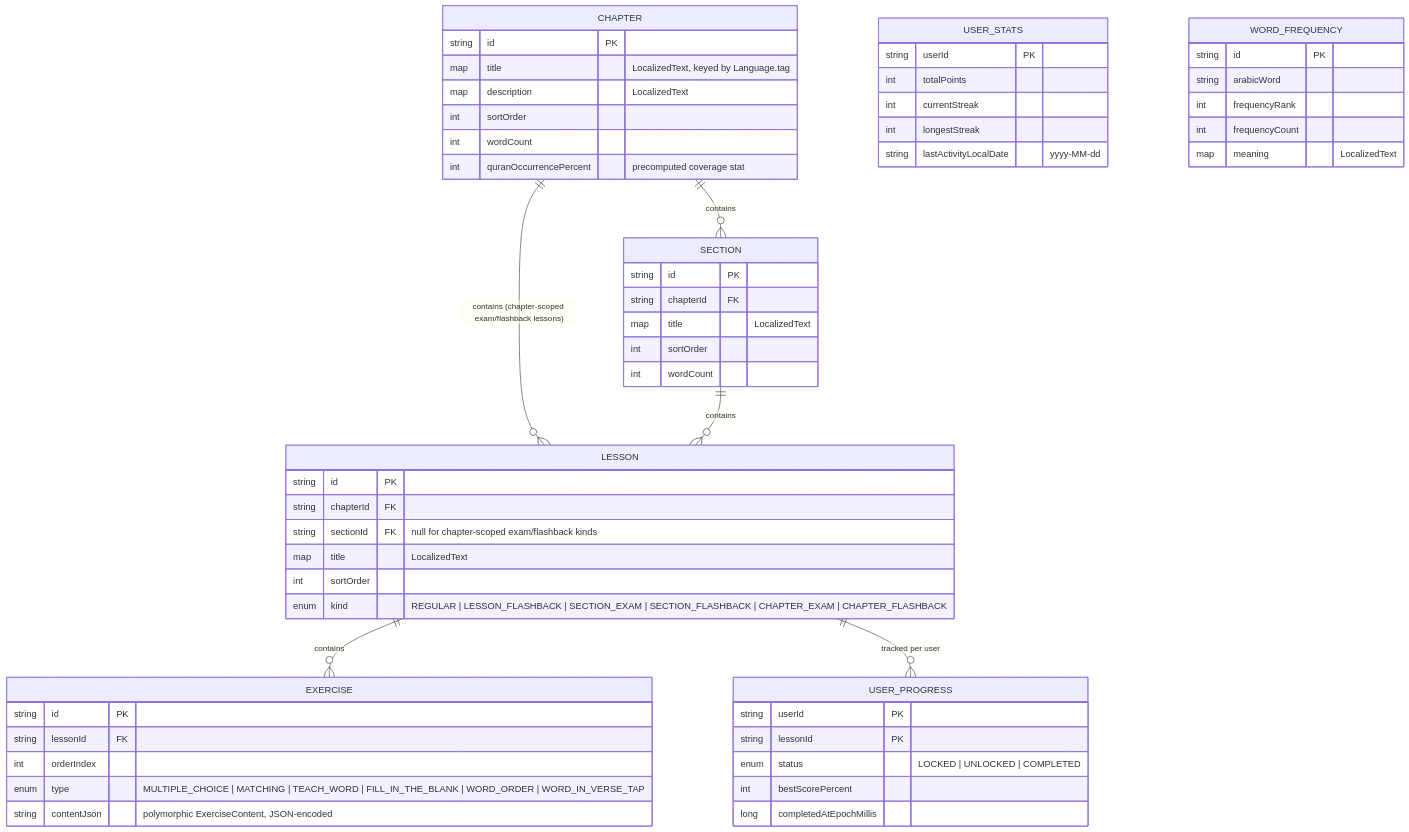
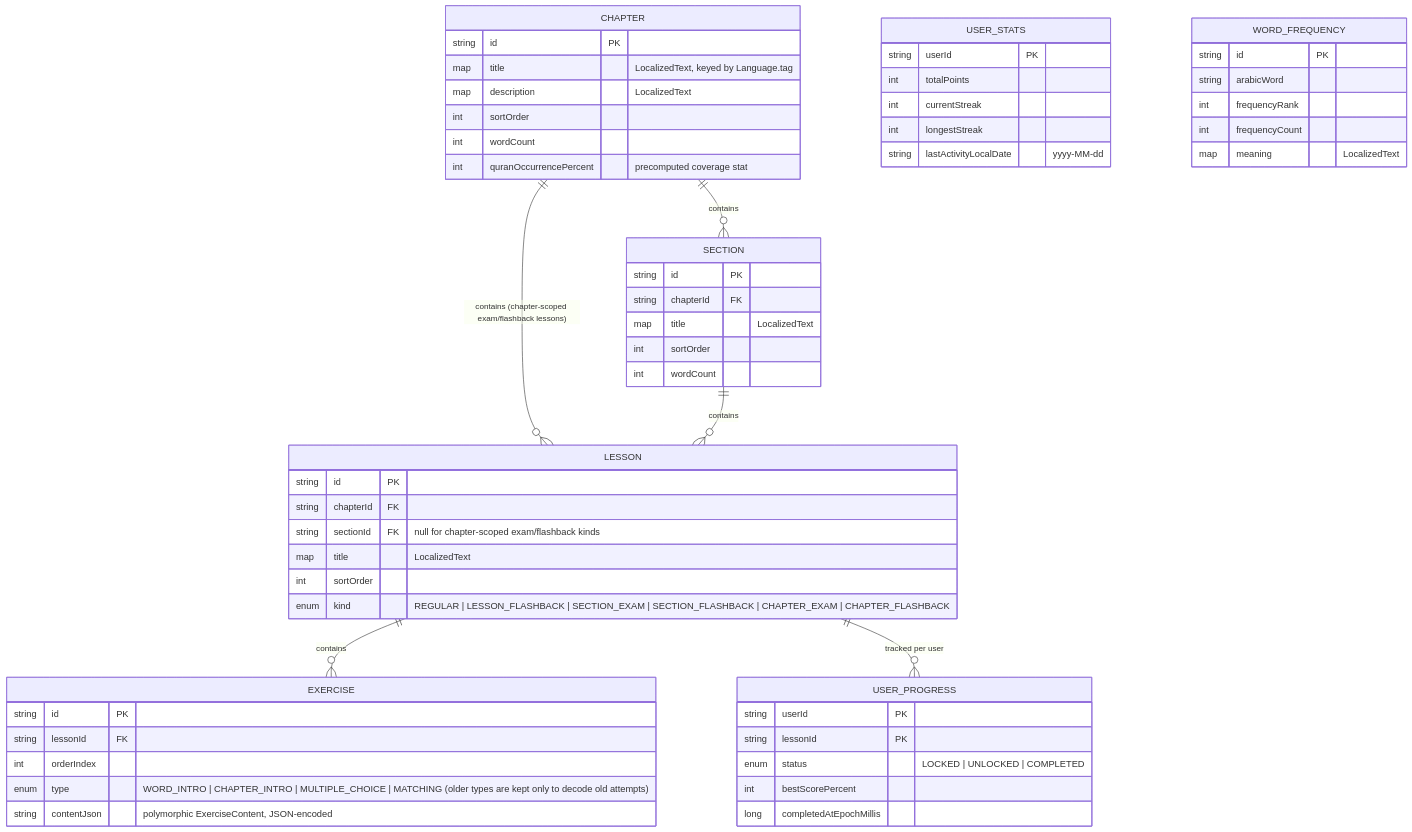
Before and after one commit to deanybytes/QuranicWords: the diagram in docs/DATA_MODEL.md, drawn with Mermaid. The commit also changed other lines of this file and 5386 other files, not shown here.

Commit message:
Sync from main 7b76b64c: QuranicWords v1.0.1 (MCQ and matching only, smoother motion), website at quranicwords.deanybytes.io

````diff
--- a/docs/DATA_MODEL.md
+++ b/docs/DATA_MODEL.md
@@ -9,59 +9,59 @@
 ```mermaid
 erDiagram
     CHAPTER ||--o{ SECTION : contains
     CHAPTER ||--o{ LESSON : "contains (chapter-scoped exam/flashback lessons)"
     SECTION ||--o{ LESSON : contains
     LESSON ||--o{ EXERCISE : contains
     LESSON ||--o{ USER_PROGRESS : "tracked per user"
     USER_STATS {
         string userId PK
         int totalPoints
         int currentStreak
         int longestStreak
         string lastActivityLocalDate "yyyy-MM-dd"
     }
     CHAPTER {
         string id PK
         map title "LocalizedText, keyed by Language.tag"
         map description "LocalizedText"
         int sortOrder
         int wordCount
         int quranOccurrencePercent "precomputed coverage stat"
     }
     SECTION {
         string id PK
         string chapterId FK
         map title "LocalizedText"
         int sortOrder
         int wordCount
     }
     LESSON {
         string id PK
         string chapterId FK
         string sectionId FK "null for chapter-scoped exam/flashback kinds"
         map title "LocalizedText"
         int sortOrder
         enum kind "REGULAR | LESSON_FLASHBACK | SECTION_EXAM | SECTION_FLASHBACK | CHAPTER_EXAM | CHAPTER_FLASHBACK"
     }
     EXERCISE {
         string id PK
         string lessonId FK
         int orderIndex
-        enum type "MULTIPLE_CHOICE | MATCHING | TEACH_WORD | FILL_IN_THE_BLANK | WORD_ORDER | WORD_IN_VERSE_TAP"
+        enum type "WORD_INTRO | CHAPTER_INTRO | MULTIPLE_CHOICE | MATCHING (older types are kept only to decode old attempts)"
         string contentJson "polymorphic ExerciseContent, JSON-encoded"
     }
     USER_PROGRESS {
         string userId PK
         string lessonId PK
         enum status "LOCKED | UNLOCKED | COMPLETED"
         int bestScorePercent
         long completedAtEpochMillis
     }
     WORD_FREQUENCY {
         string id PK
         string arabicWord
         int frequencyRank
         int frequencyCount
         map meaning "LocalizedText"
     }
 ```
````
